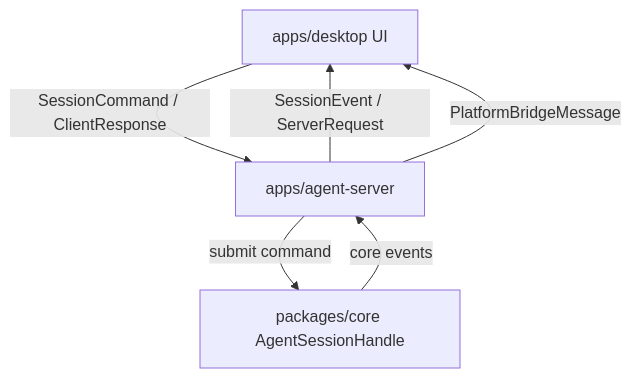
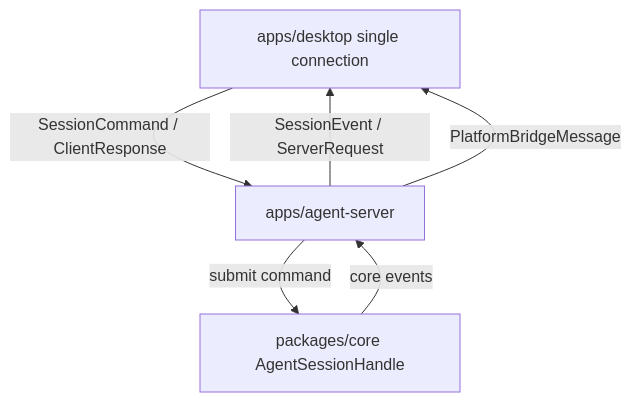
One commit to Lixuhang987/SpotAgent changed the second of 2 diagrams in docs/superpowers/plans/2026-06-03-codex-style-three-layer-unidirectional-refactor.md. Above: the diagram before and after it, drawn with Mermaid. The commit also changed other lines of this file, not shown here.

Commit message:
docs: revise refactor plan for single connection routing

````diff
--- a/docs/superpowers/plans/2026-06-03-codex-style-three-layer-unidirectional-refactor.md
+++ b/docs/superpowers/plans/2026-06-03-codex-style-three-layer-unidirectional-refactor.md
@@ -765,8 +714,8 @@
 ```mermaid
 flowchart TD
-  UI[apps/desktop UI] -->|SessionCommand / ClientResponse| Server[apps/agent-server]
+  UI[apps/desktop single connection] -->|SessionCommand / ClientResponse| Server[apps/agent-server]
   Server -->|SessionEvent / ServerRequest| UI
   Server -->|submit command| Core[packages/core AgentSessionHandle]
   Core -->|core events| Server
   Server -->|PlatformBridgeMessage| UI
 ```
````
